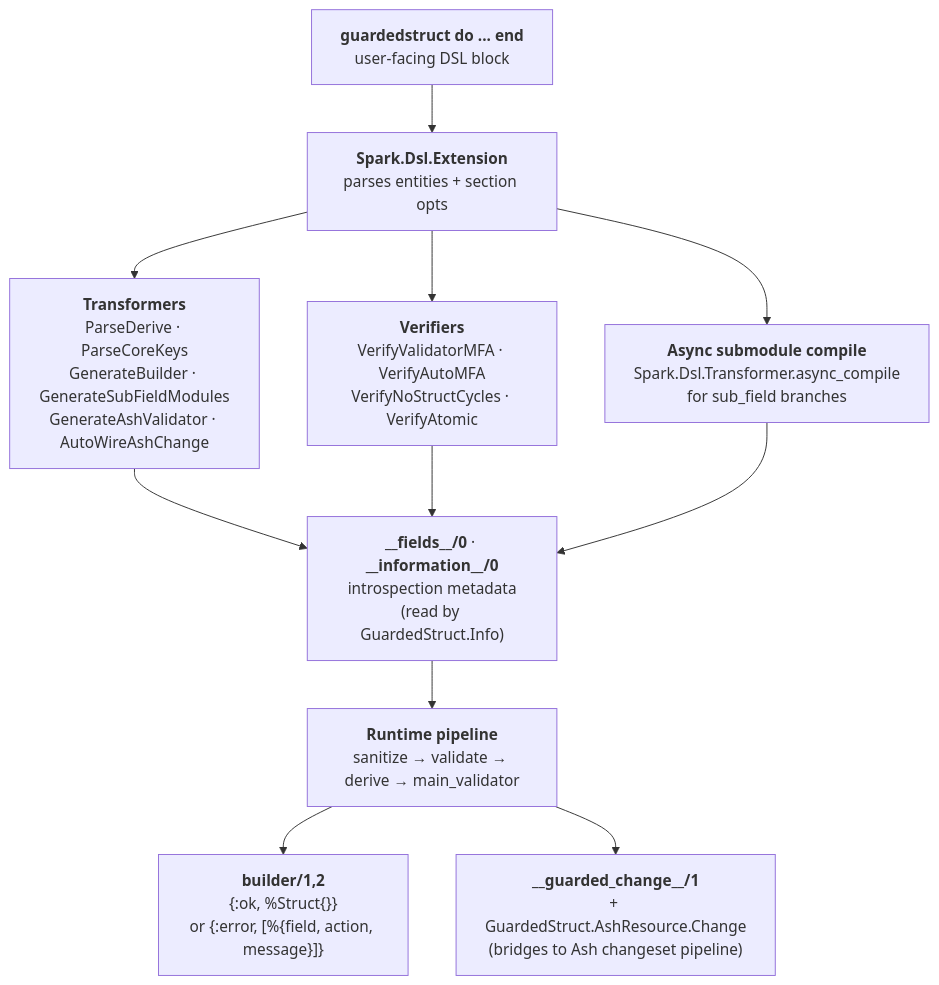
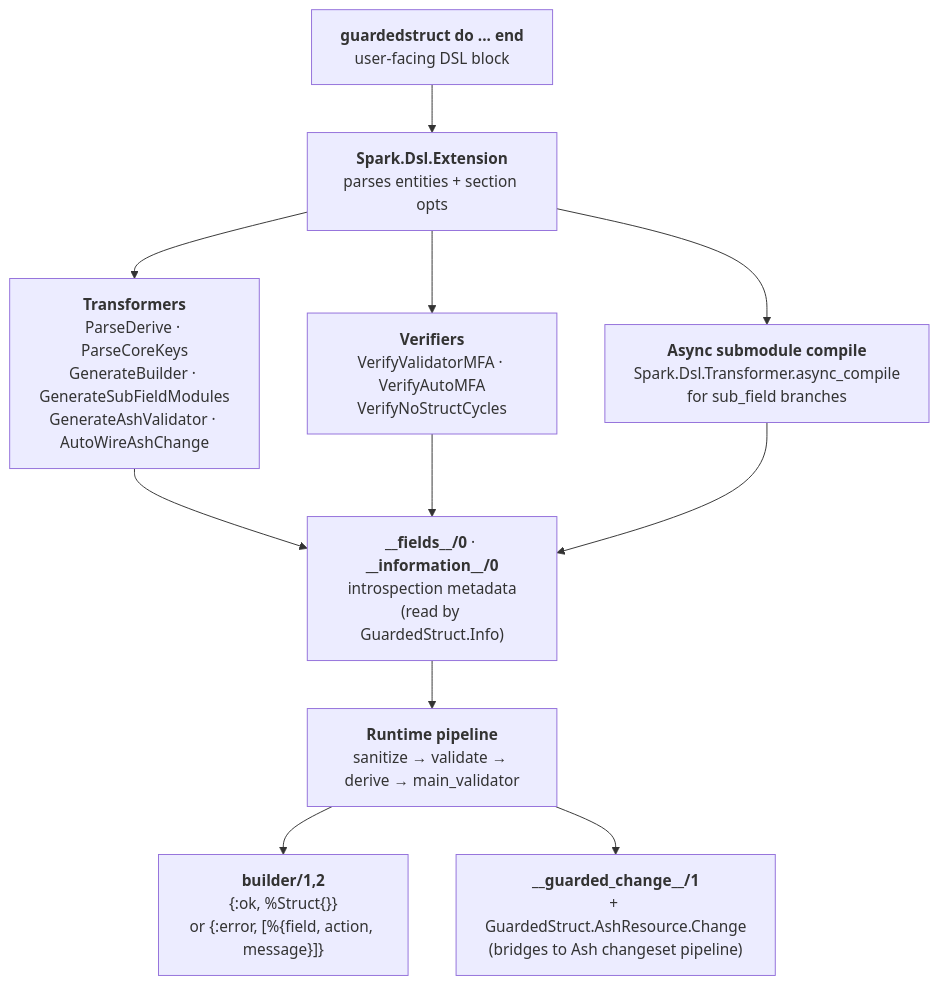
One commit to mishka-group/guarded_struct changed the diagram in README.md. Above: the diagram before and after it, drawn with Mermaid. The commit also changed other lines of this file and 16 other files, not shown here.

````diff
--- a/README.md
+++ b/README.md
@@ -466,20 +462,20 @@
 ```mermaid
 flowchart TD
     User["<b>guardedstruct do ... end</b><br/>user-facing DSL block"]
     Spark["<b>Spark.Dsl.Extension</b><br/>parses entities + section opts"]
 
     User --> Spark
 
     Spark --> Transformers["<b>Transformers</b><br/>ParseDerive · ParseCoreKeys<br/>GenerateBuilder · GenerateSubFieldModules<br/>GenerateAshValidator · AutoWireAshChange"]
-    Spark --> Verifiers["<b>Verifiers</b><br/>VerifyValidatorMFA · VerifyAutoMFA<br/>VerifyNoStructCycles · VerifyAtomic"]
+    Spark --> Verifiers["<b>Verifiers</b><br/>VerifyValidatorMFA · VerifyAutoMFA<br/>VerifyNoStructCycles"]
     Spark --> AsyncCompile["<b>Async submodule compile</b><br/>Spark.Dsl.Transformer.async_compile<br/>for sub_field branches"]
 
     Transformers --> Fields["<b>__fields__/0</b> · <b>__information__/0</b><br/>introspection metadata<br/>(read by GuardedStruct.Info)"]
     Verifiers --> Fields
     AsyncCompile --> Fields
 
     Fields --> Runtime["<b>Runtime pipeline</b><br/>sanitize → validate → derive → main_validator"]
 
     Runtime --> Standalone["<b>builder/1,2</b><br/>{:ok, %Struct{}}<br/>or {:error, [%{field, action, message}]}"]
     Runtime --> AshBridge["<b>__guarded_change__/1</b><br/>+ GuardedStruct.AshResource.Change<br/>(bridges to Ash changeset pipeline)"]
 ```
````
